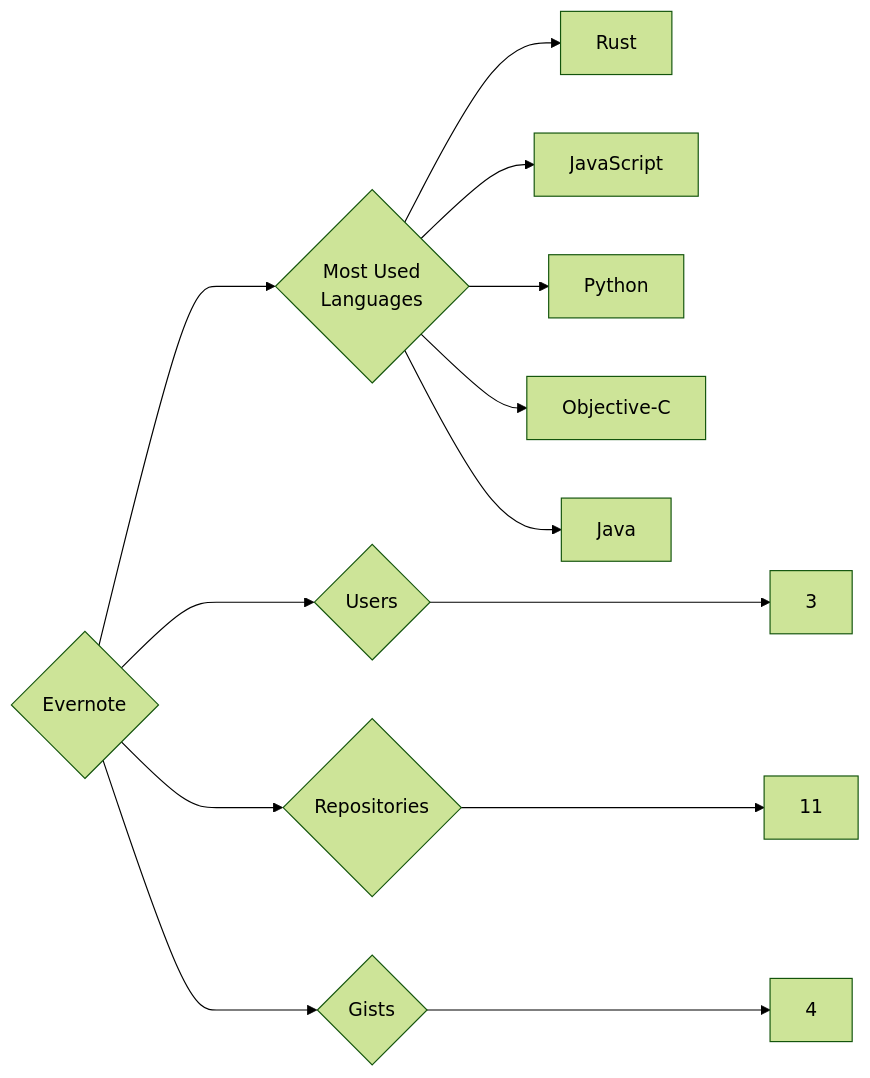
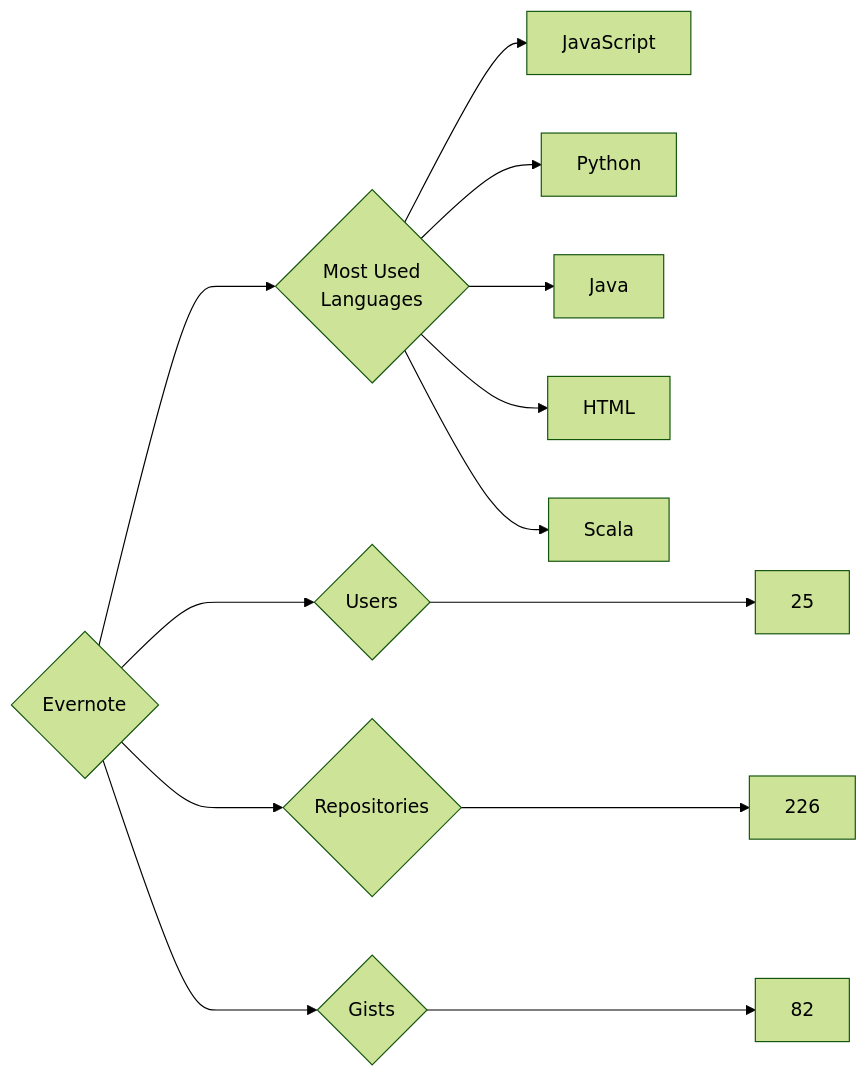
Before and after one commit to trickest/insiders: the diagram in targets/Evernote/README.md, drawn with Mermaid (forest theme). The commit also changed 826 other files, not shown here.

````diff
--- a/targets/Evernote/README.md
+++ b/targets/Evernote/README.md
@@ -3,13 +3,13 @@
 ```mermaid
 graph LR
 COMPANY_NAME{Evernote}
-COMPANY_NAME ---> U{Users} ---> UN[3]
-COMPANY_NAME ---> R{Repositories} ---> RN[11]
-COMPANY_NAME ---> G{Gists} ---> GN[4]
+COMPANY_NAME ---> U{Users} ---> UN[25]
+COMPANY_NAME ---> R{Repositories} ---> RN[226]
+COMPANY_NAME ---> G{Gists} ---> GN[82]
 COMPANY_NAME ---> ML{Most Used<br>Languages}
-ML --> Rust[Rust]
 ML --> JavaScript[JavaScript]
 ML --> Python[Python]
-ML --> Objective-C[Objective-C]
 ML --> Java[Java]
+ML --> HTML[HTML]
+ML --> Scala[Scala]
 ```
````
